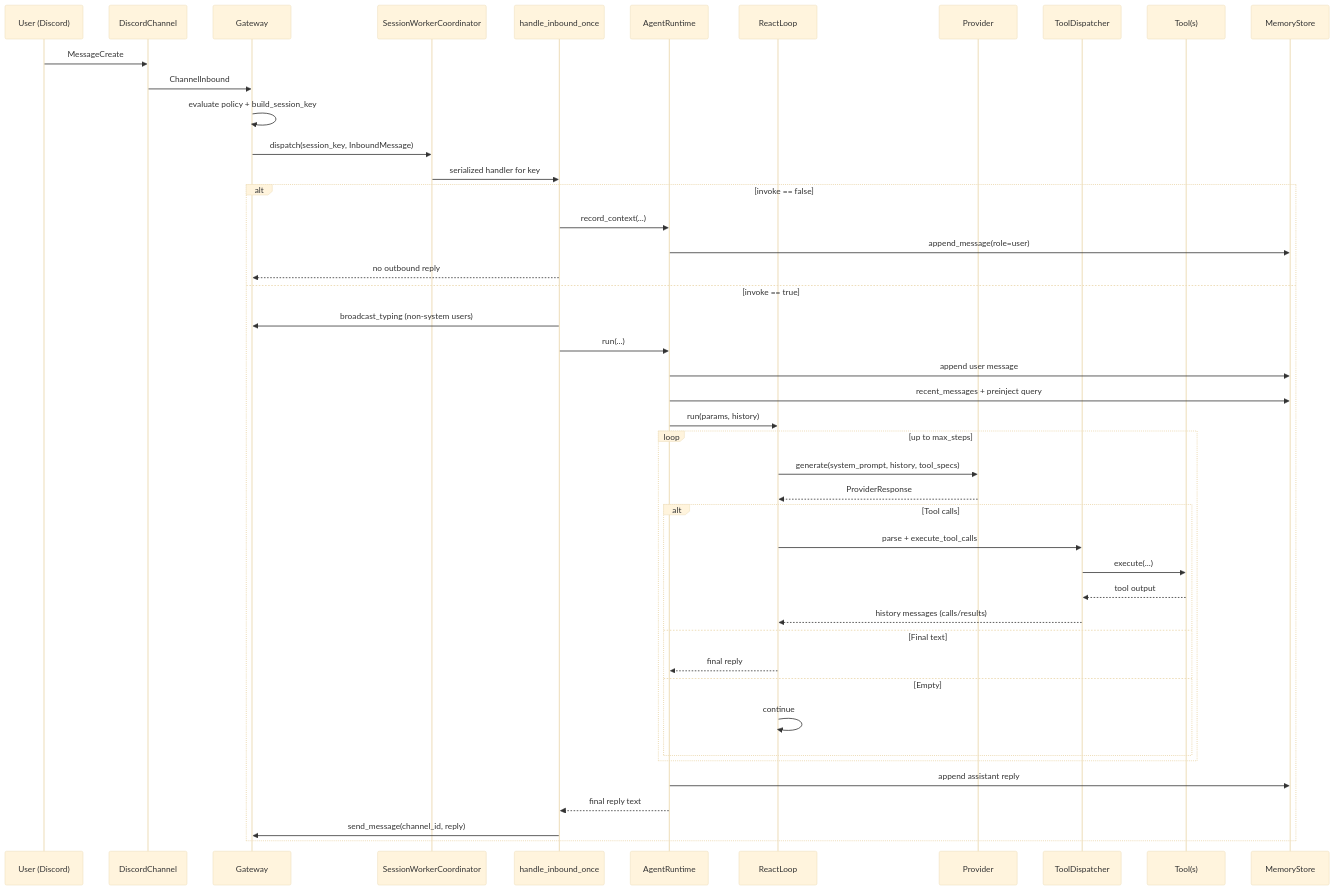
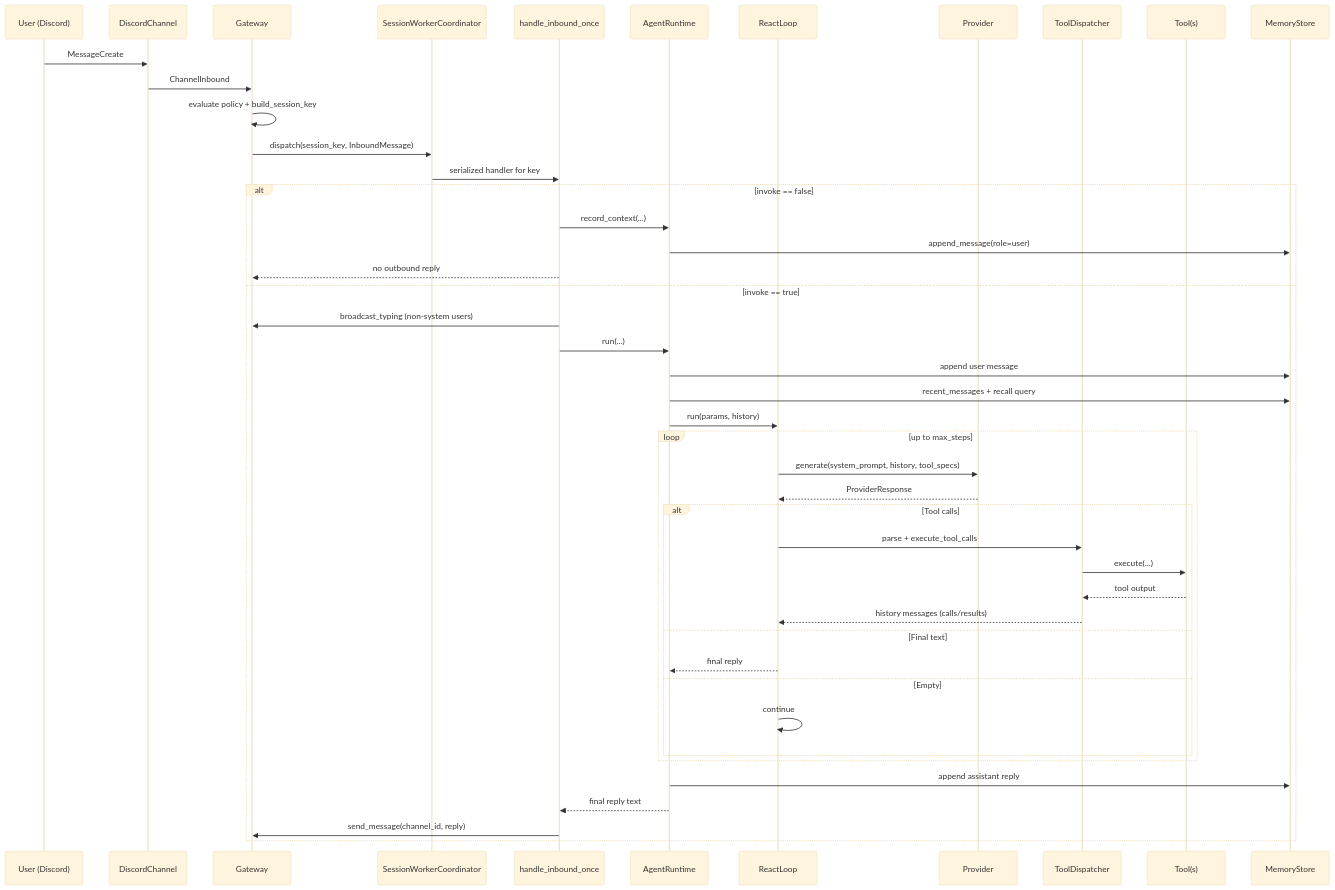
One commit to Prometheus1400/SimpleClaw changed the second of 3 diagrams in README.md. Above: the diagram before and after it, drawn with Mermaid (base theme). The commit also changed other lines of this file and 11 other files, not shown here.

Commit message:
refactor(memory): rename preinject to memory_recall

````diff
--- a/README.md
+++ b/README.md
@@ -83,49 +83,49 @@
 ```mermaid
 sequenceDiagram
     participant U as User (Discord)
     participant DC as DiscordChannel
     participant GW as Gateway
     participant SW as SessionWorkerCoordinator
     participant IN as handle_inbound_once
     participant AR as AgentRuntime
     participant RL as ReactLoop
     participant P as Provider
     participant TD as ToolDispatcher
     participant T as Tool(s)
     participant M as MemoryStore
 
     U->>DC: MessageCreate
     DC->>GW: ChannelInbound
     GW->>GW: evaluate policy + build_session_key
     GW->>SW: dispatch(session_key, InboundMessage)
     SW->>IN: serialized handler for key
 
     alt invoke == false
         IN->>AR: record_context(...)
         AR->>M: append_message(role=user)
         IN-->>GW: no outbound reply
     else invoke == true
         IN->>GW: broadcast_typing (non-system users)
         IN->>AR: run(...)
         AR->>M: append user message
-        AR->>M: recent_messages + preinject query
+        AR->>M: recent_messages + recall query
         AR->>RL: run(params, history)
         loop up to max_steps
             RL->>P: generate(system_prompt, history, tool_specs)
             P-->>RL: ProviderResponse
             alt Tool calls
                 RL->>TD: parse + execute_tool_calls
                 TD->>T: execute(...)
                 T-->>TD: tool output
                 TD-->>RL: history messages (calls/results)
             else Final text
                 RL-->>AR: final reply
             else Empty
                 RL->>RL: continue
             end
         end
         AR->>M: append assistant reply
         AR-->>IN: final reply text
         IN->>GW: send_message(channel_id, reply)
     end
 ```
````
